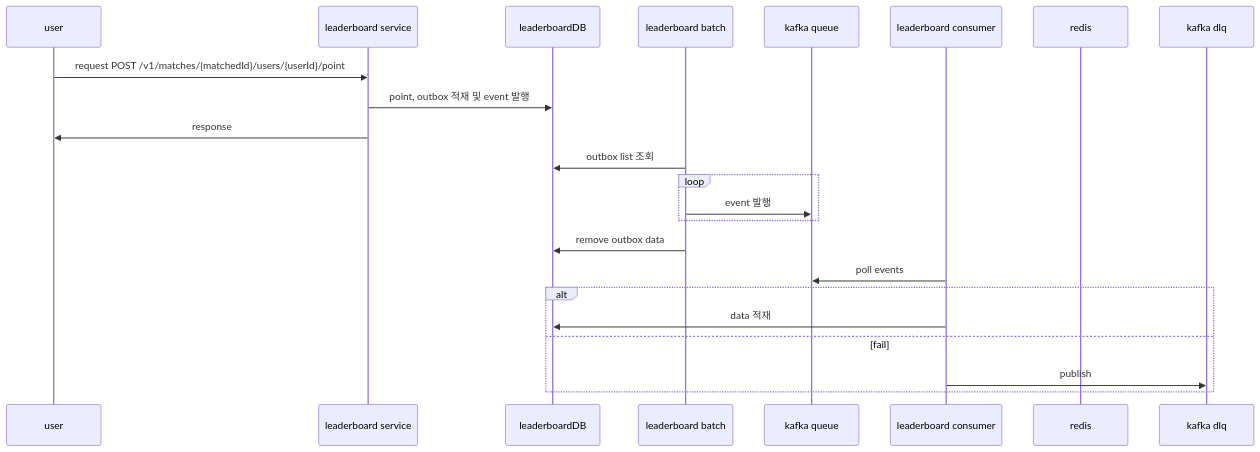
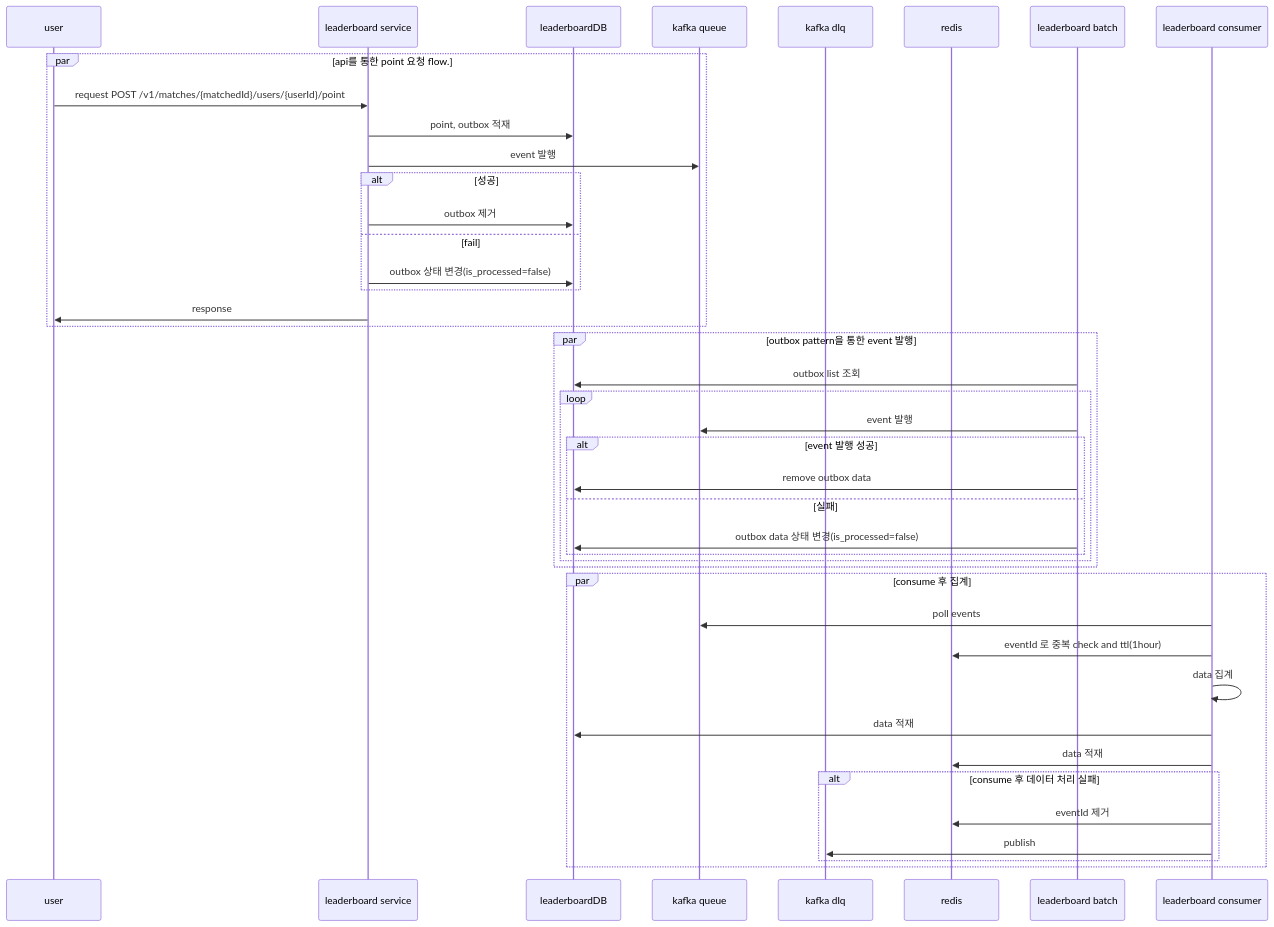
Before and after one commit to 9dev-group/study-ranking-system-bean: the first of 2 diagrams in ReadMe.md, drawn with Mermaid. The commit also changed other lines of this file and 1 other file, not shown here.

````diff
--- a/ReadMe.md
+++ b/ReadMe.md
@@ -43,26 +74,45 @@
 ```mermaid
 sequenceDiagram
   participant user
   participant leaderboard service
   participant leaderboardDB
+  participant kafka queue
+  participant kafka dlq
+  participant redis
   participant leaderboard batch
-  participant kafka queue
   participant leaderboard consumer
-  participant redis
-  participant kafka dlq
   
-  user ->> leaderboard service: request POST /v1/matches/{matchedId}/users/{userId}/point
-  leaderboard service ->> leaderboardDB: point, outbox 적재 및 event 발행
-  leaderboard service ->> user: response
-  leaderboard batch ->> leaderboardDB: outbox list 조회
-  loop
-    leaderboard batch ->> kafka queue: event 발행
+  par api를 통한 point 요청 flow.
+    user ->> leaderboard service: request POST /v1/matches/{matchedId}/users/{userId}/point
+    leaderboard service ->> leaderboardDB: point, outbox 적재
+    leaderboard service ->> kafka queue: event 발행
+    alt 성공
+      leaderboard service ->> leaderboardDB: outbox 제거
+    else fail
+      leaderboard service ->> leaderboardDB: outbox 상태 변경(is_processed=false)
+    end
+    leaderboard service ->> user: response
   end
-  leaderboard batch ->> leaderboardDB: remove outbox data
-  leaderboard consumer ->> kafka queue: poll events
-  alt
+  par outbox pattern을 통한 event 발행
+    leaderboard batch ->> leaderboardDB: outbox list 조회
+    loop
+      leaderboard batch ->> kafka queue: event 발행
+      alt event 발행 성공
+        leaderboard batch ->> leaderboardDB: remove outbox data
+      else 실패
+        leaderboard batch ->> leaderboardDB: outbox data 상태 변경(is_processed=false)
+      end
+    end
+  end
+  par consume 후 집계 
+    leaderboard consumer ->> kafka queue: poll events
+    leaderboard consumer ->> redis: eventId 로 중복 check and ttl(1hour)
+    leaderboard consumer ->> leaderboard consumer: data 집계
     leaderboard consumer ->> leaderboardDB: data 적재
-  else fail
-    leaderboard consumer ->> kafka dlq: publish
+    leaderboard consumer ->> redis: data 적재
+    alt consume 후 데이터 처리 실패
+      leaderboard consumer ->> redis: eventId 제거
+      leaderboard consumer ->> kafka dlq: publish
+    end
   end
 ```
````
